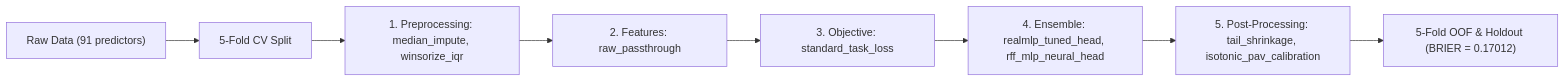
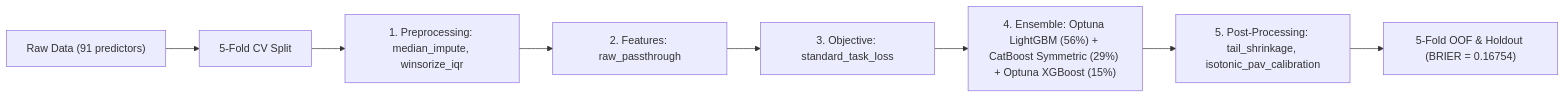
Before and after one commit to stefanoclss/March-Machine-Learning-Mania-2026: the diagram in README.md, drawn with Mermaid. The commit also changed other lines of this file, not shown here.

First line of the commit message:
docs(readme): refresh verified OOF benchmark & build ledger (BRIER=0.16754)

````diff
--- a/README.md
+++ b/README.md
@@ -72,10 +74,10 @@
 ```mermaid
 flowchart LR
     DATA["Raw Data (91 predictors)"] --> SPLIT["5-Fold CV Split"]
     SPLIT --> PRE["1. Preprocessing: median_impute, winsorize_iqr"]
     PRE --> FEAT["2. Features: raw_passthrough"]
     FEAT --> OBJ["3. Objective: standard_task_loss"]
-    OBJ --> M0["4. Ensemble: realmlp_tuned_head, rff_mlp_neural_head"]
+    OBJ --> M0["4. Ensemble: Optuna LightGBM (56%) + CatBoost Symmetric (29%) + Optuna XGBoost (15%)"]
     M0 --> POST["5. Post-Processing: tail_shrinkage, isotonic_pav_calibration"]
-    POST --> OUT["5-Fold OOF & Holdout (BRIER = 0.17012)"]
+    POST --> OUT["5-Fold OOF & Holdout (BRIER = 0.16754)"]
 ```
````
